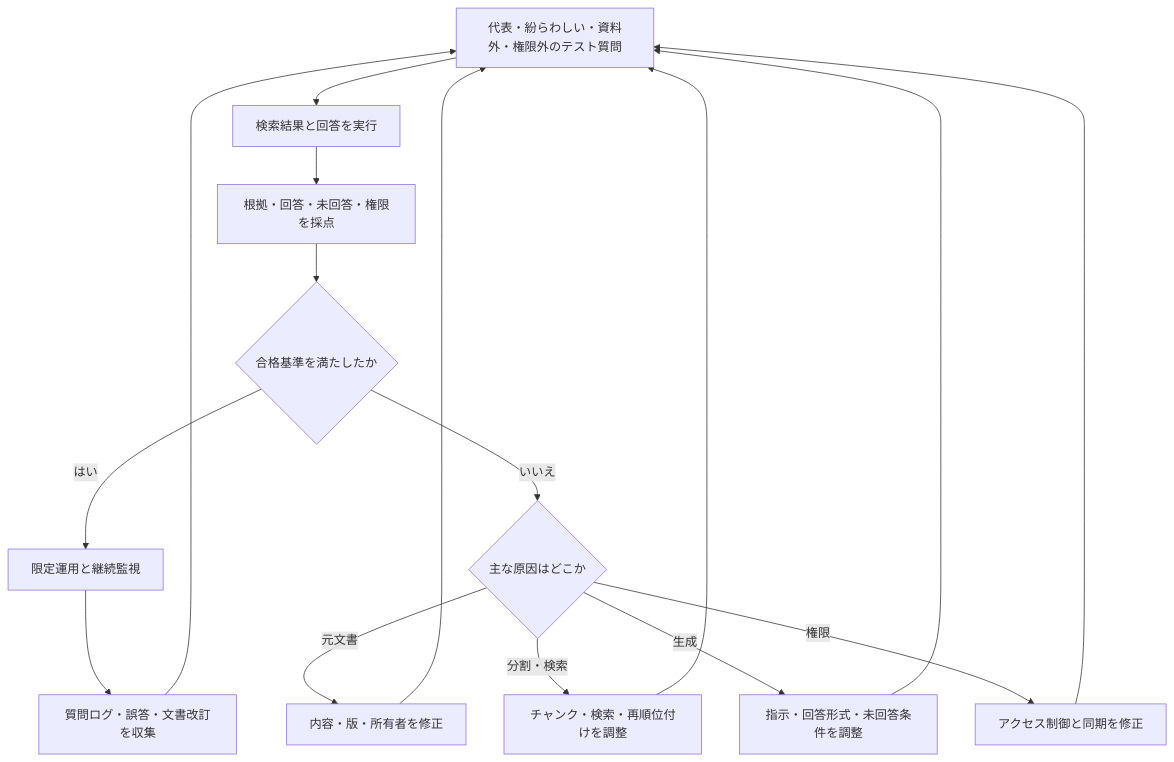
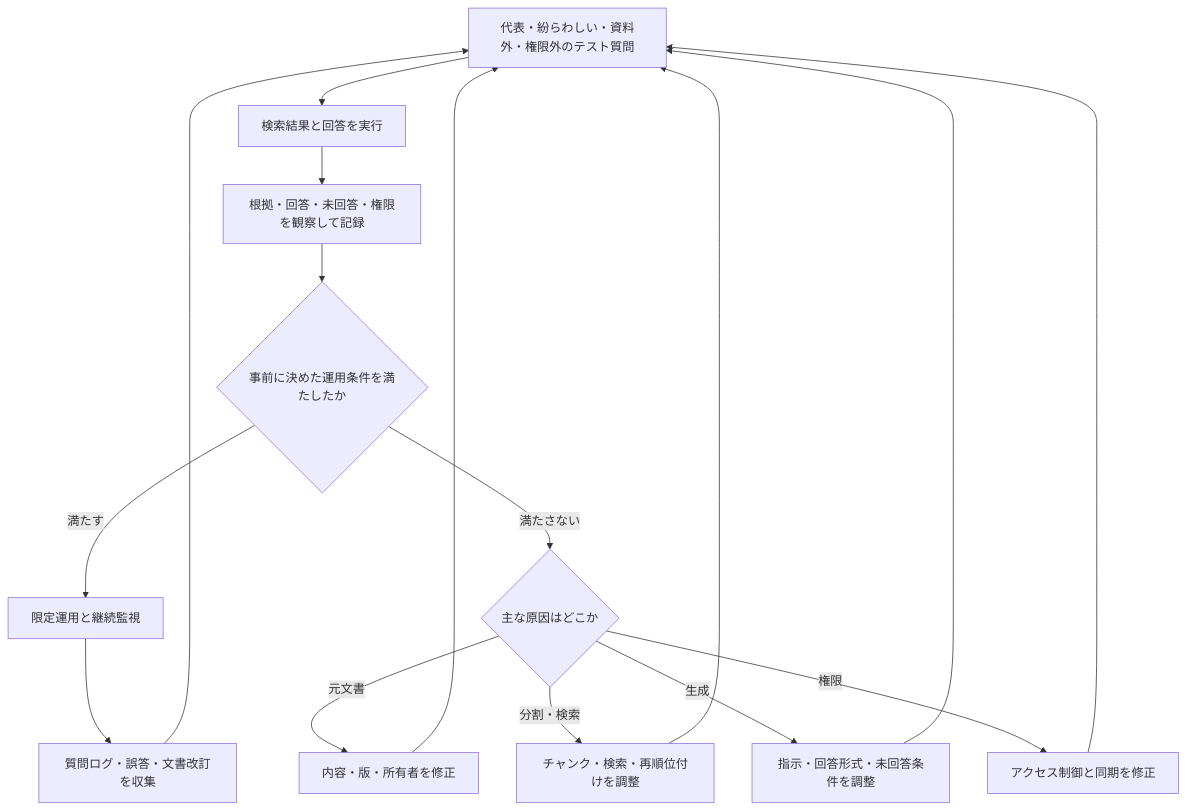
Before and after one commit to kiyo37/AI--: the fifth of 5 diagrams in ai-business-efficiency-instructor-content/08_rag_and_knowledge_management.md, drawn with Mermaid. The commit also changed other lines of this file and 48 other files, not shown here.

````diff
--- a/ai-business-efficiency-instructor-content/08_rag_and_knowledge_management.md
+++ b/ai-business-efficiency-instructor-content/08_rag_and_knowledge_management.md
@@ -284,18 +288,18 @@
 ```mermaid
 flowchart TD
     A["代表・紛らわしい・資料外・権限外のテスト質問"] --> B["検索結果と回答を実行"]
-    B --> C["根拠・回答・未回答・権限を採点"]
-    C --> D{"合格基準を満たしたか"}
-    D -->|はい| E["限定運用と継続監視"]
+    B --> C["根拠・回答・未回答・権限を観察して記録"]
+    C --> D{"事前に決めた運用条件を満たしたか"}
+    D -->|満たす| E["限定運用と継続監視"]
     E --> F["質問ログ・誤答・文書改訂を収集"]
     F --> A
-    D -->|いいえ| G{"主な原因はどこか"}
+    D -->|満たさない| G{"主な原因はどこか"}
     G -->|元文書| H["内容・版・所有者を修正"]
     G -->|分割・検索| I["チャンク・検索・再順位付けを調整"]
     G -->|生成| J["指示・回答形式・未回答条件を調整"]
     G -->|権限| K["アクセス制御と同期を修正"]
     H --> A
     I --> A
     J --> A
     K --> A
 ```
````
